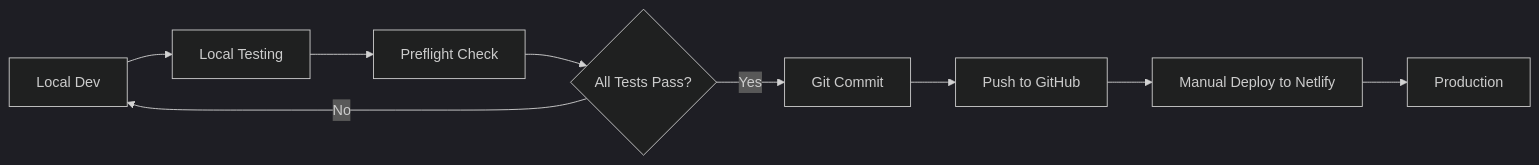
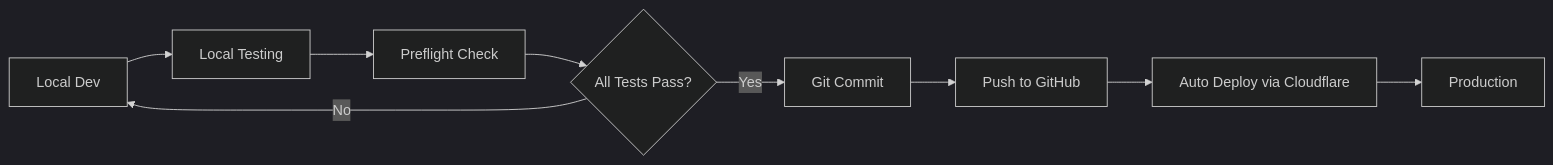
The diagram in accountable/habit-tracker/DEPLOYMENT.md (assembly-labs/drew-garraway-consulting), drawn with Mermaid (dark theme) before and after one commit. The commit also changed other lines of this file and 9 other files, not shown here.

First line of the commit message:
Remove all Netlify dependencies and migrate fully to Cloudflare Pages

````diff
--- a/accountable/habit-tracker/DEPLOYMENT.md
+++ b/accountable/habit-tracker/DEPLOYMENT.md
@@ -36,11 +36,11 @@
 ```mermaid
 graph LR
     A[Local Dev] --> B[Local Testing]
     B --> C[Preflight Check]
     C --> D{All Tests Pass?}
     D -->|No| A
     D -->|Yes| E[Git Commit]
     E --> F[Push to GitHub]
-    F --> G[Manual Deploy to Netlify]
+    F --> G[Auto Deploy via Cloudflare]
     G --> H[Production]
 ```
````
